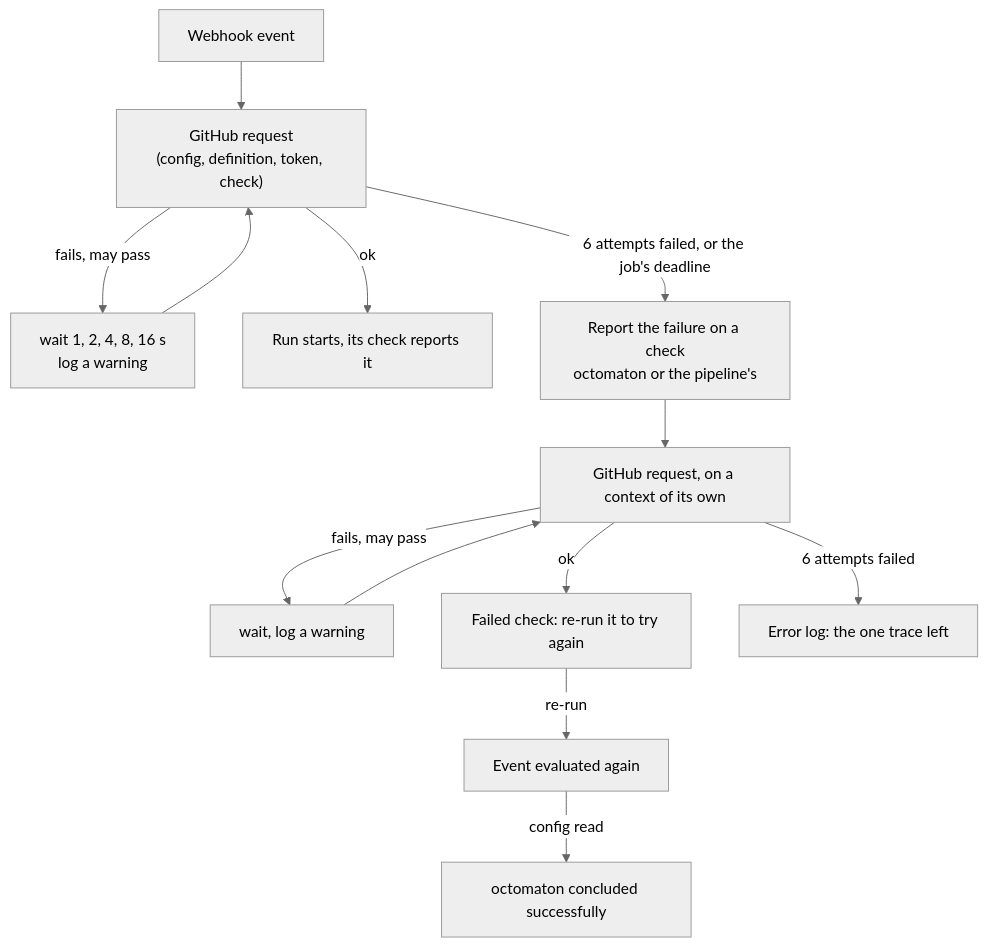
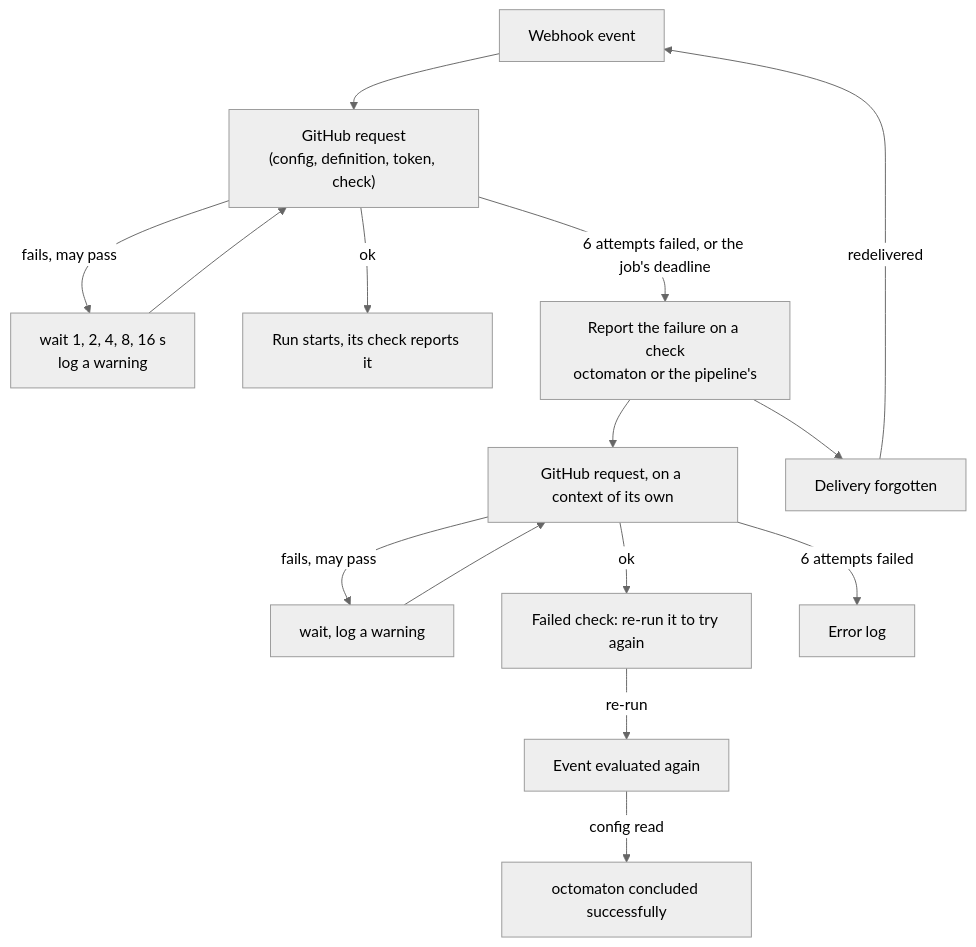
The diagram in hub/designs/octomaton-github-retries.md (arikkfir-org/docs), drawn with Mermaid (neutral theme) before and after one commit. The commit also changed other lines of this file and 1 other file, not shown here.

````diff
--- a/hub/designs/octomaton-github-retries.md
+++ b/hub/designs/octomaton-github-retries.md
@@ -15,14 +16,16 @@
 ```mermaid
 flowchart TD
   E[Webhook event] --> R1["GitHub request<br/>(config, definition, token, check)"]
   R1 -->|fails, may pass| W1[wait 1, 2, 4, 8, 16 s<br/>log a warning]
   W1 --> R1
   R1 -->|ok| Run[Run starts, its check reports it]
   R1 -->|6 attempts failed, or the job's deadline| F["Report the failure on a check<br/>octomaton or the pipeline's"]
   F --> R2[GitHub request, on a context of its own]
   R2 -->|fails, may pass| W2[wait, log a warning]
   W2 --> R2
   R2 -->|ok| C[Failed check: re-run it to try again]
-  R2 -->|6 attempts failed| L[Error log: the one trace left]
+  R2 -->|6 attempts failed| L[Error log]
   C -->|re-run| E2[Event evaluated again] -->|config read| OK[octomaton concluded successfully]
+  F --> D[Delivery forgotten]
+  D -->|redelivered| E
 ```
````
